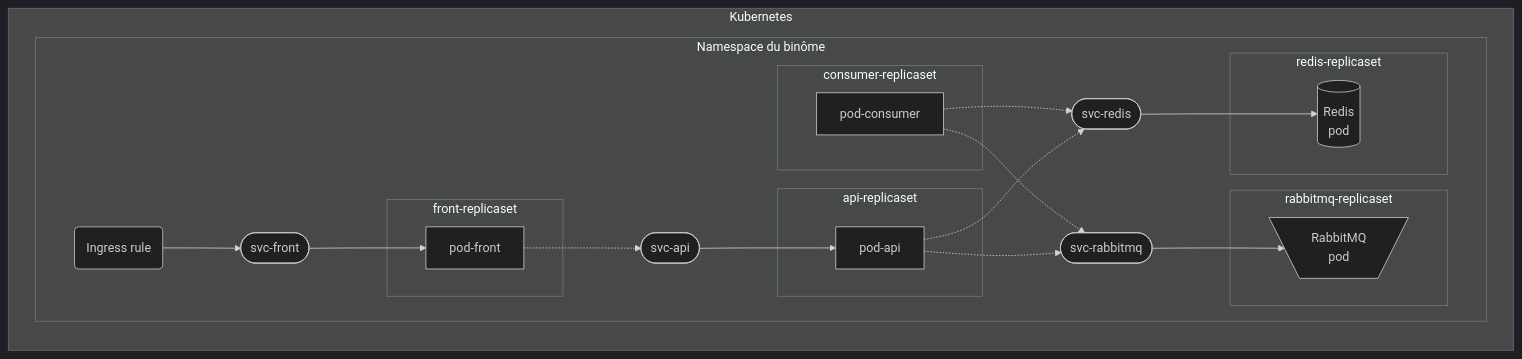
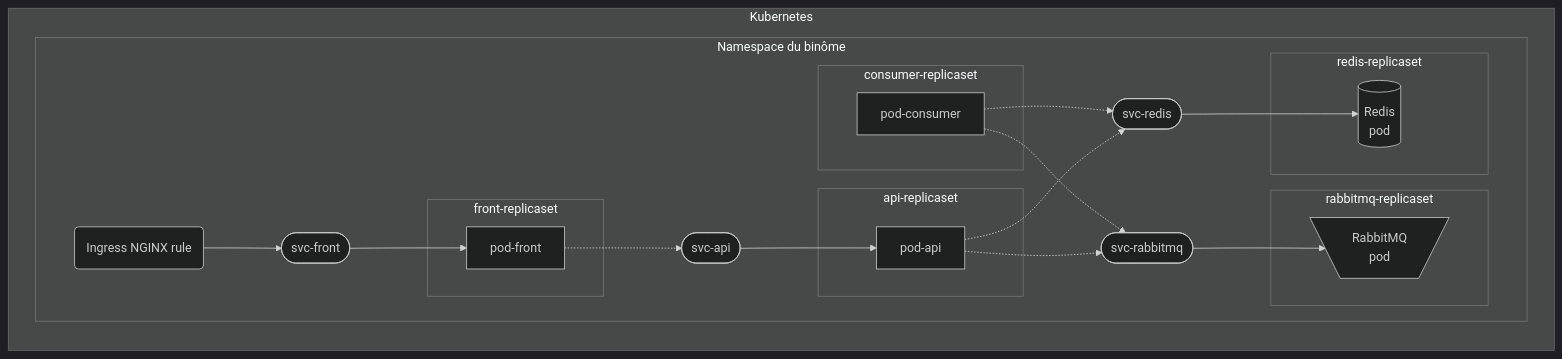
The third of 5 diagrams in projet.md (JeromeMSD/module_virtualisation-et-cloud-computing), drawn with Mermaid (dark theme) before and after one commit.

````diff
--- a/projet.md
+++ b/projet.md
@@ -161,34 +161,34 @@
 ```mermaid
  graph LR
     subgraph "Kubernetes"
     subgraph "Namespace du binôme"
     subgraph "front-replicaset"
       pod-front
     end
     subgraph "api-replicaset"
       pod-api
     end
     subgraph "redis-replicaset"
       pod-redis[("Redis
                   pod")]
     end
     subgraph "rabbitmq-replicaset"
       pod-rabbitmq[\" RabbitMQ
                       pod"/]
     end
     subgraph "consumer-replicaset"
       pod-consumer
     end
     svc-front([svc-front]) --> pod-front
     svc-api([svc-api]) --> pod-api
     svc-redis([svc-redis]) --> pod-redis
     svc-rabbitmq([svc-rabbitmq]) --> pod-rabbitmq
     pod-consumer -.-> svc-rabbitmq
     pod-consumer -.-> svc-redis
     pod-front -.-> svc-api
     pod-api -.-> svc-redis
     pod-api -.-> svc-rabbitmq
-    ing(Ingress rule) --> svc-front
+    ing(Ingress NGINX rule) --> svc-front
     end
     end
 ```
````
